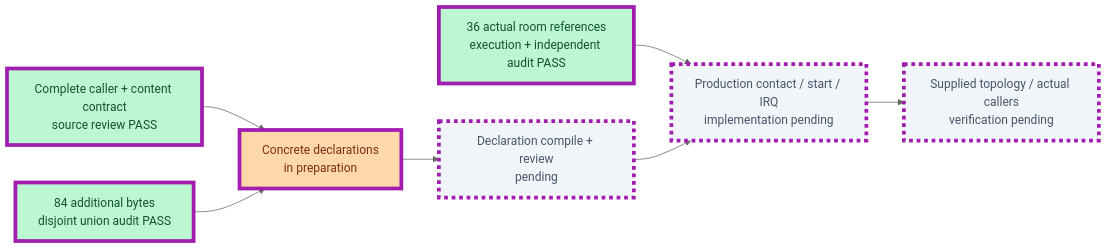
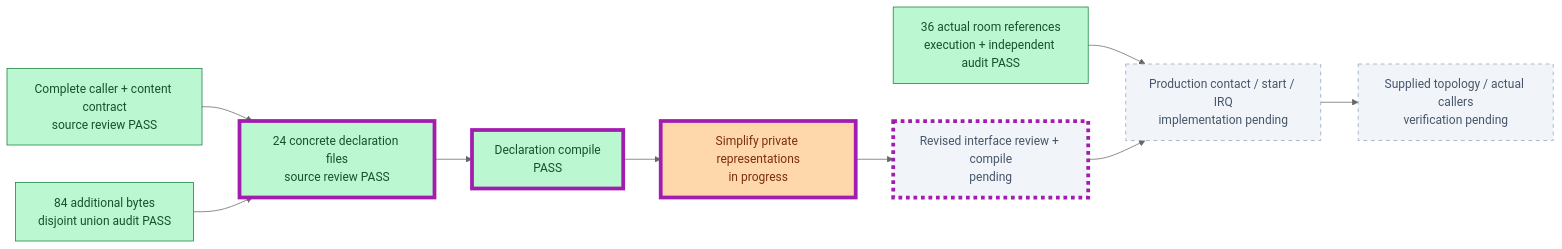
The second of 20 diagrams in PROGRESS.md (JimLundin/sm-decomp), drawn with Mermaid (neutral theme) before and after one commit. The commit also changed 1 other file, not shown here.

Commit message:
Record compiled room declarations and required interface simplification [skip ci]
Docs-only diff/progress checks pass unchanged.24 frozen files independently reviewed and metadata compiled in0.53s. Larger production estimate disclosed; simplify duplicate representations before implementation without narrowing full room/topology caller scope.

````diff
--- a/PROGRESS.md
+++ b/PROGRESS.md
@@ -26,13 +26,14 @@
 ```mermaid
 flowchart LR
-    RC["Complete caller + content contract<br/>source review PASS"]:::done --> RD["Concrete declarations<br/>in preparation"]:::active
+    RC["Complete caller + content contract<br/>source review PASS"]:::done --> RD["24 concrete declaration files<br/>source review PASS"]:::done
     RU["84 additional bytes<br/>disjoint union audit PASS"]:::done --> RD
     RR["36 actual room references<br/>execution + independent audit PASS"]:::done --> RI["Production contact / start / IRQ<br/>implementation pending"]:::pending
-    RD --> RB["Declaration compile + review<br/>pending"]:::pending --> RI
+    RD --> RB["Declaration compile<br/>PASS"]:::done --> RS["Simplify private representations<br/>in progress"]:::active
+    RS --> RV["Revised interface review + compile<br/>pending"]:::pending --> RI
     RI --> RT["Supplied topology / actual callers<br/>verification pending"]:::pending
-    class RC,RD,RU,RR,RI,RB,RT changed
+    class RD,RB,RS,RV changed
     classDef done fill:#bbf7d0,stroke:#15803d,color:#14532d
     classDef active fill:#fed7aa,stroke:#ea580c,color:#7c2d12
     classDef pending fill:#f1f5f9,stroke:#94a3b8,color:#475569,stroke-dasharray:5 5
     classDef changed stroke:#a21caf,stroke-width:5px
 ```
````
